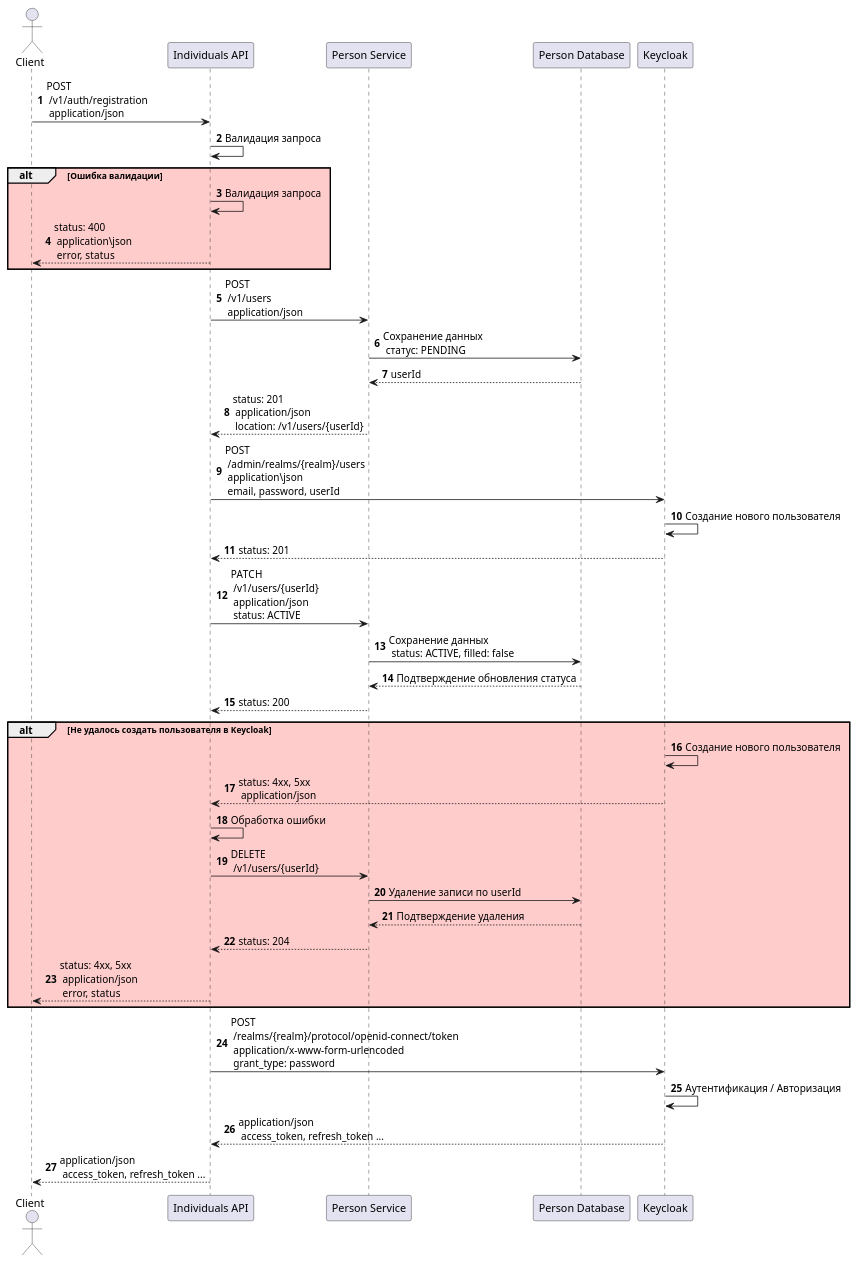
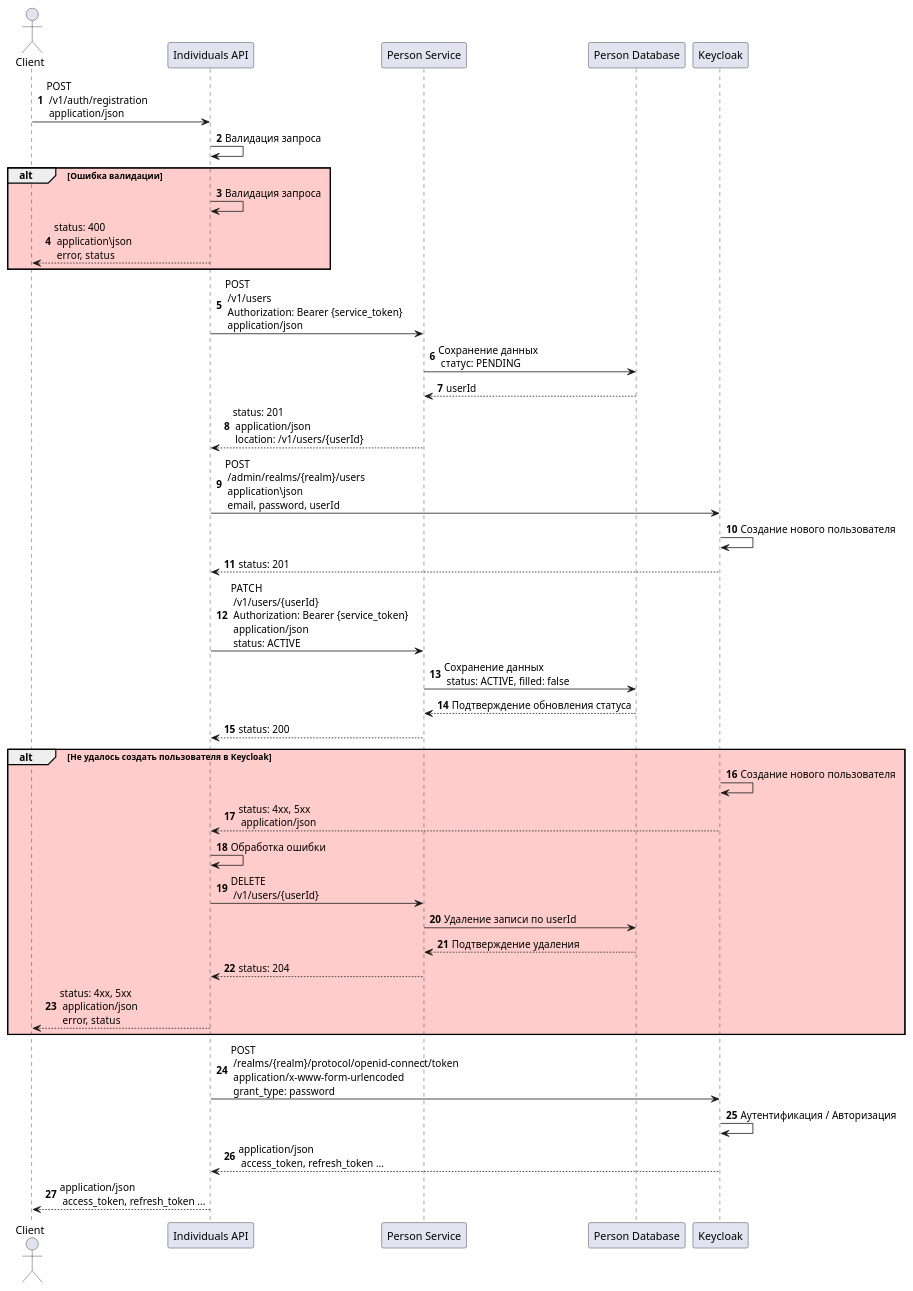
Before and after one commit to Ersted-me/payment-system: the diagram in architecture/sequence/registration.puml, drawn with PlantUML. The commit also changed 2 other files, not shown here.

Commit message:
fix seq diagrams

```diff
--- a/architecture/sequence/registration.puml
+++ b/architecture/sequence/registration.puml
@@ -1,48 +1,48 @@
 @startuml
 
 autonumber
 
 actor Client as client
 participant "Individuals API" as api
 participant "Person Service" as person
 participant "Person Database" as personDb
 participant Keycloak as keycloak
 
 
 client -> api: POST \n /v1/auth/registration \n application/json
 api -> api: Валидация запроса
 
 alt #FFCCCC Ошибка валидации
 api -> api: Валидация запроса
 api --> client: status: 400 \n application\json \n error, status
 end
 
-api -> person: POST \n /v1/users \n application/json
+api -> person: POST \n /v1/users \n Authorization: Bearer {service_token} \n application/json
 person -> personDb: Сохранение данных \n статус: PENDING
 personDb --> person: userId
 person --> api: status: 201 \n application/json \n location: /v1/users/{userId}
 api -> keycloak: POST \n /admin/realms/{realm}/users \n application\json \n email, password, userId
 keycloak -> keycloak: Создание нового пользователя
 keycloak --> api: status: 201
-api -> person: PATCH \n /v1/users/{userId} \n application/json \n status: ACTIVE
+api -> person: PATCH \n /v1/users/{userId} \n Authorization: Bearer {service_token} \n application/json \n status: ACTIVE
 person -> personDb: Сохранение данных \n status: ACTIVE, filled: false
 personDb --> person: Подтверждение обновления статуса
 person --> api: status: 200
 
 alt #FFCCCC Не удалось создать пользователя в Keycloak
 keycloak -> keycloak: Создание нового пользователя
 keycloak --> api: status: 4xx, 5xx \n application/json
 api -> api: Обработка ошибки
 api -> person: DELETE \n /v1/users/{userId}
 person -> personDb: Удаление записи по userId
 personDb --> person: Подтверждение удаления
 person --> api: status: 204
 api --> client: status: 4xx, 5xx \n application/json \n error, status
 end
 
 api -> keycloak: POST \n /realms/{realm}/protocol/openid-connect/token \n application/x-www-form-urlencoded \n grant_type: password
 keycloak -> keycloak: Аутентификация / Авторизация
 keycloak --> api: application/json \n access_token, refresh_token ...
 api --> client: application/json \n access_token, refresh_token ...
 
 @enduml
```
